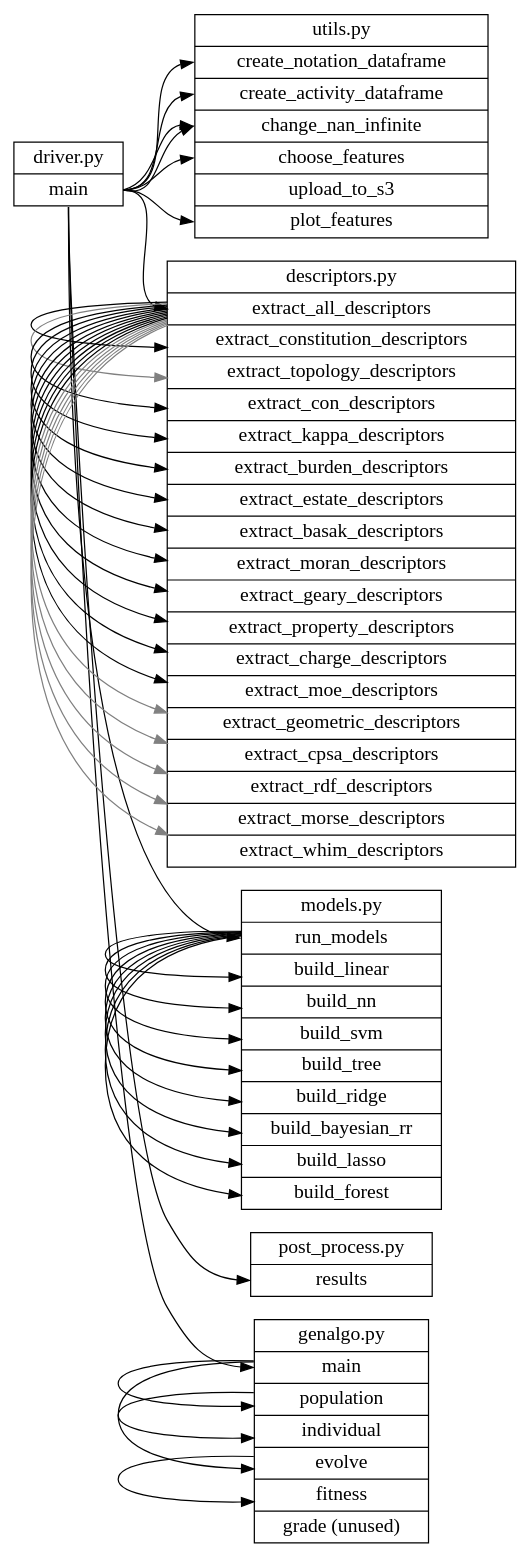
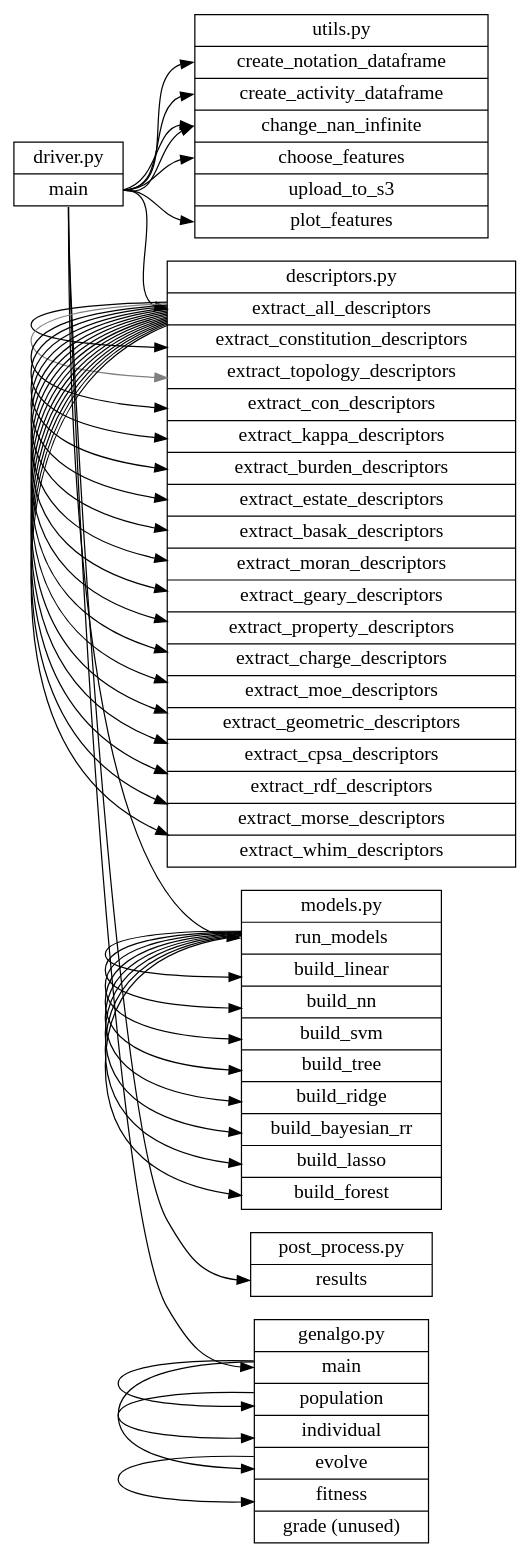
Before and after one commit to BeckResearchLab/USP-inhibition: the diagram in docs/callgraph.gv, drawn with Graphviz. The commit also changed 1 other file, not shown here.

Commit message:
updated the call graph based on e13a328595f284f367c2b111f66fdb2a08398542

```diff
--- a/docs/callgraph.gv
+++ b/docs/callgraph.gv
@@ -1,95 +1,95 @@
 digraph g {
 	graph [
 		rankdir = "LR"
 	];
 
 	node [
 		fontsize = "16"
 		shape = "record"
 	];
 
 	"driver.py" [
 		label = "<f0> driver.py | <f1> main"
 	];
 
 	"utils.py" [
 		label = "<f0> utils.py | <f1> create_notation_dataframe | <f2> create_activity_dataframe | <f3> change_nan_infinite | <f4> choose_features | <f5> upload_to_s3 | <f6> plot_features"
 	];
 
 	"descriptors.py" [
 		label = "<f0> descriptors.py | <f1> extract_all_descriptors | <f2> extract_constitution_descriptors | <f3> extract_topology_descriptors | <f4> extract_con_descriptors | <f5> extract_kappa_descriptors | <f6> extract_burden_descriptors | <f7> extract_estate_descriptors | <f8> extract_basak_descriptors | <f9> extract_moran_descriptors | <f10> extract_geary_descriptors | <f11> extract_property_descriptors | <f12> extract_charge_descriptors | <f13> extract_moe_descriptors | <f14> extract_geometric_descriptors | <f15> extract_cpsa_descriptors | <f16> extract_rdf_descriptors | <f17> extract_morse_descriptors | <f18> extract_whim_descriptors"
 	];
 
 	"models.py" [
 		label = "<f0> models.py | <f1> run_models | <f2> build_linear | <f3> build_nn | <f4> build_svm | <f5> build_tree | <f6> build_ridge | <f7> build_bayesian_rr | <f8> build_lasso | <f9> build_forest"
 	];
 
 	"post_process.py" [
 		label = "<f0> post_process.py | <f1> results"
 	];
 
 	"genalgo.py" [
 		label = "<f0> genalgo.py | <f1> main | <f2> population | <f3> individual | <f4> evolve | <f5> fitness | <f6> grade (unused)"
 	];
 
 	"driver.py":f1 -> "utils.py":f1;
 	"driver.py":f1 -> "utils.py":f2;
 	"driver.py":f1 -> "descriptors.py":f1;
 	"descriptors.py":f1 -> "descriptors.py":f2;
 #	"descriptors.py":f2 -> "utils.py":f5;
 	"descriptors.py":f1 -> "descriptors.py":f3 [ color = "gray" ];
 #	"descriptors.py":f3 -> "utils.py":f5;
 	"descriptors.py":f1 -> "descriptors.py":f4;
 #	"descriptors.py":f4 -> "utils.py":f5;
 	"descriptors.py":f1 -> "descriptors.py":f5;
 #	"descriptors.py":f5 -> "utils.py":f5;
 	"descriptors.py":f1 -> "descriptors.py":f6;
 #	"descriptors.py":f6 -> "utils.py":f5;
 	"descriptors.py":f1 -> "descriptors.py":f7;
 #	"descriptors.py":f7 -> "utils.py":f5;
 	"descriptors.py":f1 -> "descriptors.py":f8;
 #	"descriptors.py":f8 -> "utils.py":f5;
 	"descriptors.py":f1 -> "descriptors.py":f9;
 #	"descriptors.py":f9 -> "utils.py":f5;
 	"descriptors.py":f1 -> "descriptors.py":f10;
 #	"descriptors.py":f10 -> "utils.py":f5;
 	"descriptors.py":f1 -> "descriptors.py":f11;
 #	"descriptors.py":f11 -> "utils.py":f5;
 	"descriptors.py":f1 -> "descriptors.py":f12;
 #	"descriptors.py":f12 -> "utils.py":f5;
 	"descriptors.py":f1 -> "descriptors.py":f13;
 #	"descriptors.py":f13 -> "utils.py":f5;
-	"descriptors.py":f1 -> "descriptors.py":f14 [ color = "gray" ];
+	"descriptors.py":f1 -> "descriptors.py":f14;
 #	"descriptors.py":f14 -> "utils.py":f5;
-	"descriptors.py":f1 -> "descriptors.py":f15 [ color = "gray" ];
+	"descriptors.py":f1 -> "descriptors.py":f15;
 #	"descriptors.py":f15 -> "utils.py":f5;
-	"descriptors.py":f1 -> "descriptors.py":f16 [ color = "gray" ];
+	"descriptors.py":f1 -> "descriptors.py":f16;
 #	"descriptors.py":f16 -> "utils.py":f5;
-	"descriptors.py":f1 -> "descriptors.py":f17 [ color = "gray" ];
+	"descriptors.py":f1 -> "descriptors.py":f17;
 #	"descriptors.py":f17 -> "utils.py":f5;
-	"descriptors.py":f1 -> "descriptors.py":f18 [ color = "gray" ];
+	"descriptors.py":f1 -> "descriptors.py":f18;
 #	"descriptors.py":f18 -> "utils.py":f5;
 
 	"driver.py":f1 -> "utils.py":f3;
 	"driver.py":f1 -> "utils.py":f3;	# called twice
 	"driver.py":f1 -> "utils.py":f4;
 	"driver.py":f1 -> "utils.py":f6;
 
 	"driver.py":f1 -> "models.py":f1;
 	"models.py":f1 -> "models.py":f2;
 	"models.py":f1 -> "models.py":f3;
 	"models.py":f1 -> "models.py":f4;
 	"models.py":f1 -> "models.py":f5;
 	"models.py":f1 -> "models.py":f6;
 	"models.py":f1 -> "models.py":f7;
 	"models.py":f1 -> "models.py":f8;
 	"models.py":f1 -> "models.py":f9;
 
 	"driver.py":f1 -> "post_process.py":f1;
 
 	"driver.py":f1 -> "genalgo.py":f1;
 	"genalgo.py":f1 -> "genalgo.py":f2;
 	"genalgo.py":f2 -> "genalgo.py":f3;
 	"genalgo.py":f1 -> "genalgo.py":f4;
 	"genalgo.py":f4 -> "genalgo.py":f5;
 }
```
